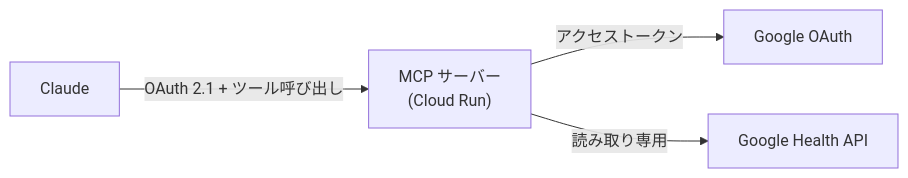
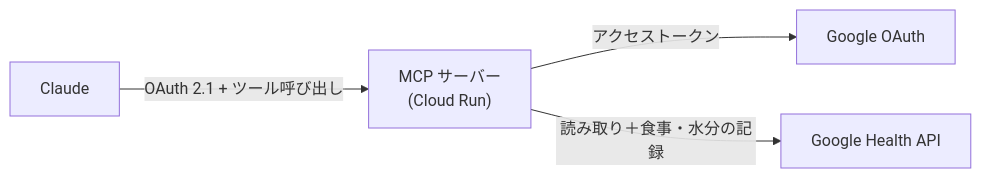
Before and after one commit to ryotanakata/google-health-mcp: the first of 2 diagrams in README.ja.md, drawn with Mermaid. The commit also changed other lines of this file and 4 other files, not shown here.

````diff
--- a/README.ja.md
+++ b/README.ja.md
@@ -20,6 +20,6 @@
 ```mermaid
 flowchart LR
     C["Claude"] -- "OAuth 2.1 + ツール呼び出し" --> M["MCP サーバー<br/>(Cloud Run)"]
     M -- "アクセストークン" --> GO["Google OAuth"]
-    M -- "読み取り専用" --> GH["Google Health API"]
+    M -- "読み取り＋食事・水分の記録" --> GH["Google Health API"]
 ```
````
